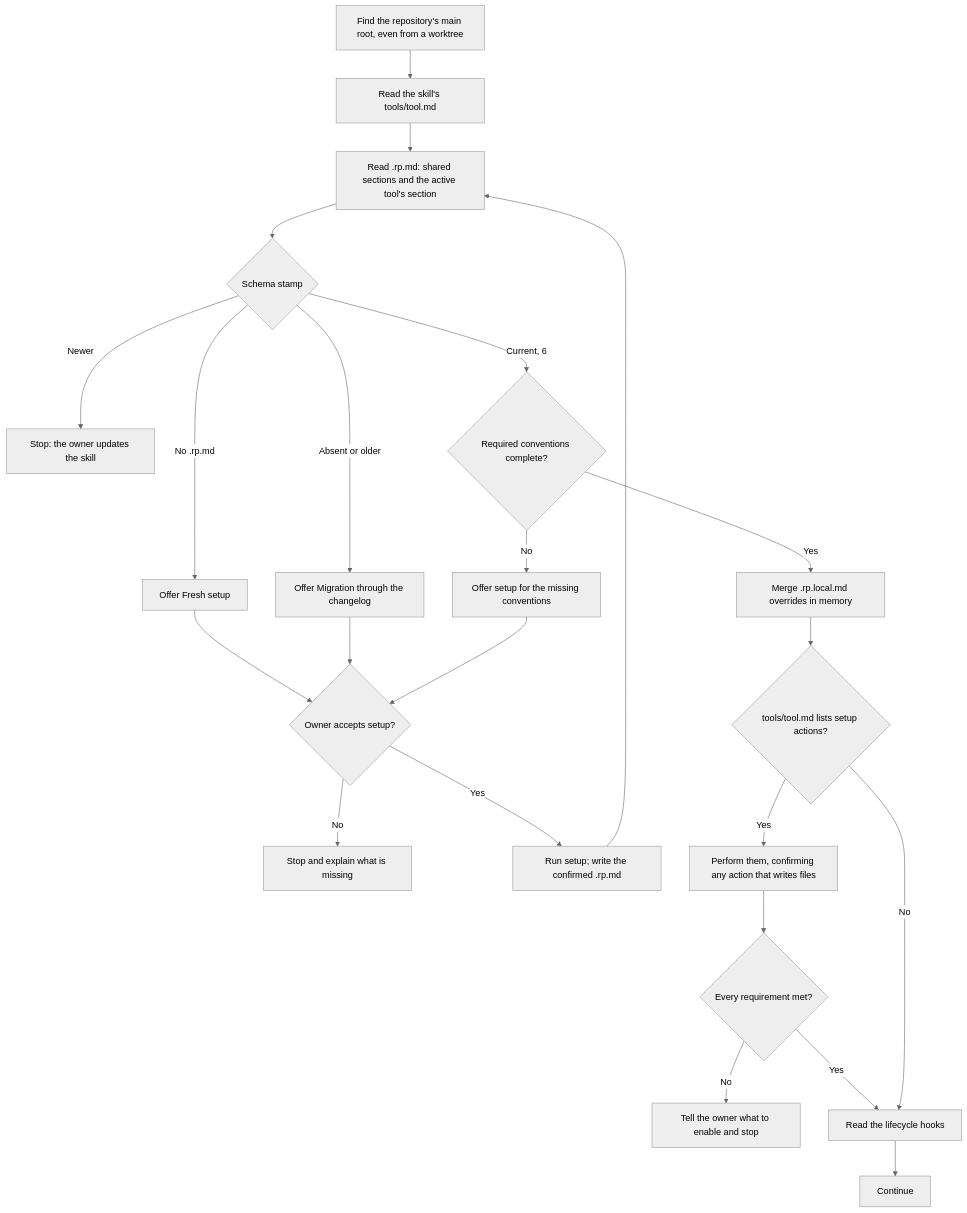
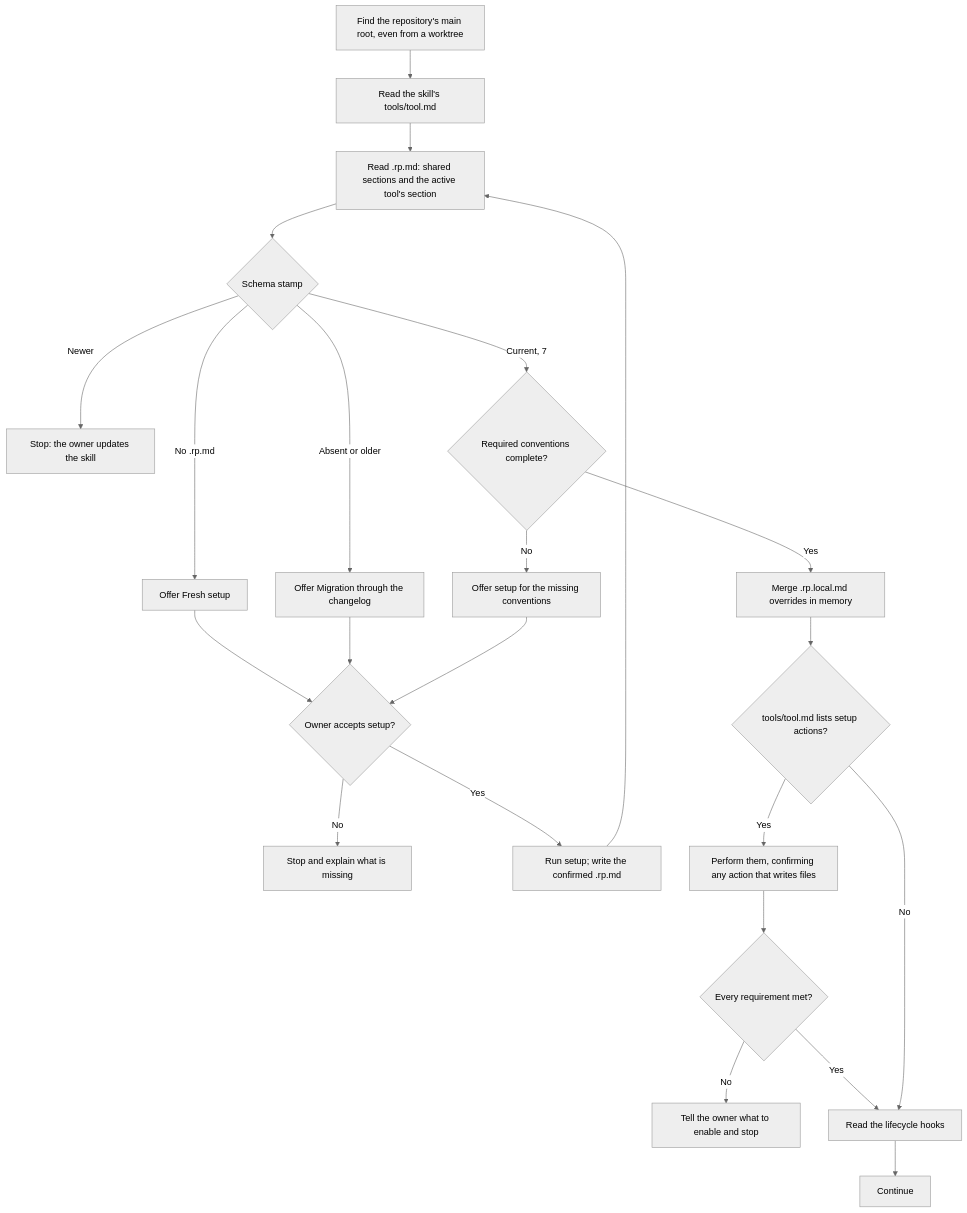
Before and after one commit to Automattic/radical-pipelines: the diagram in docs/flowcharts/load-conventions.md, drawn with Mermaid (neutral theme). The commit also changed 6 other files, not shown here.

````diff
--- a/docs/flowcharts/load-conventions.md
+++ b/docs/flowcharts/load-conventions.md
@@ -5,25 +5,25 @@
 ```mermaid
 flowchart TD
     A["Find the repository's main root, even from a worktree"] --> B["Read the skill's tools/tool.md"]
     B --> C["Read .rp.md: shared sections and the active tool's section"]
     C --> H{"Schema stamp"}
     H -->|No .rp.md| I["Offer Fresh setup"]
     H -->|Absent or older| J["Offer Migration through the changelog"]
     H -->|Newer| L["Stop: the owner updates the skill"]
-    H -->|Current, 6| K{"Required conventions complete?"}
+    H -->|Current, 7| K{"Required conventions complete?"}
     I --> M{"Owner accepts setup?"}
     J --> M
     K -->|No| N["Offer setup for the missing conventions"]
     N --> M
     M -->|No| STOP["Stop and explain what is missing"]
     M -->|Yes| SETUP["Run setup; write the confirmed .rp.md"]
     SETUP --> C
     K -->|Yes| G["Merge .rp.local.md overrides in memory"]
     G --> T{"tools/tool.md lists setup actions?"}
     T -->|Yes| TA["Perform them, confirming any action that writes files"]
     TA --> TR{"Every requirement met?"}
     TR -->|No| TSTOP["Tell the owner what to enable and stop"]
     TR -->|Yes| P
     T -->|No| P["Read the lifecycle hooks"]
     P --> Q["Continue"]
 ```
````
